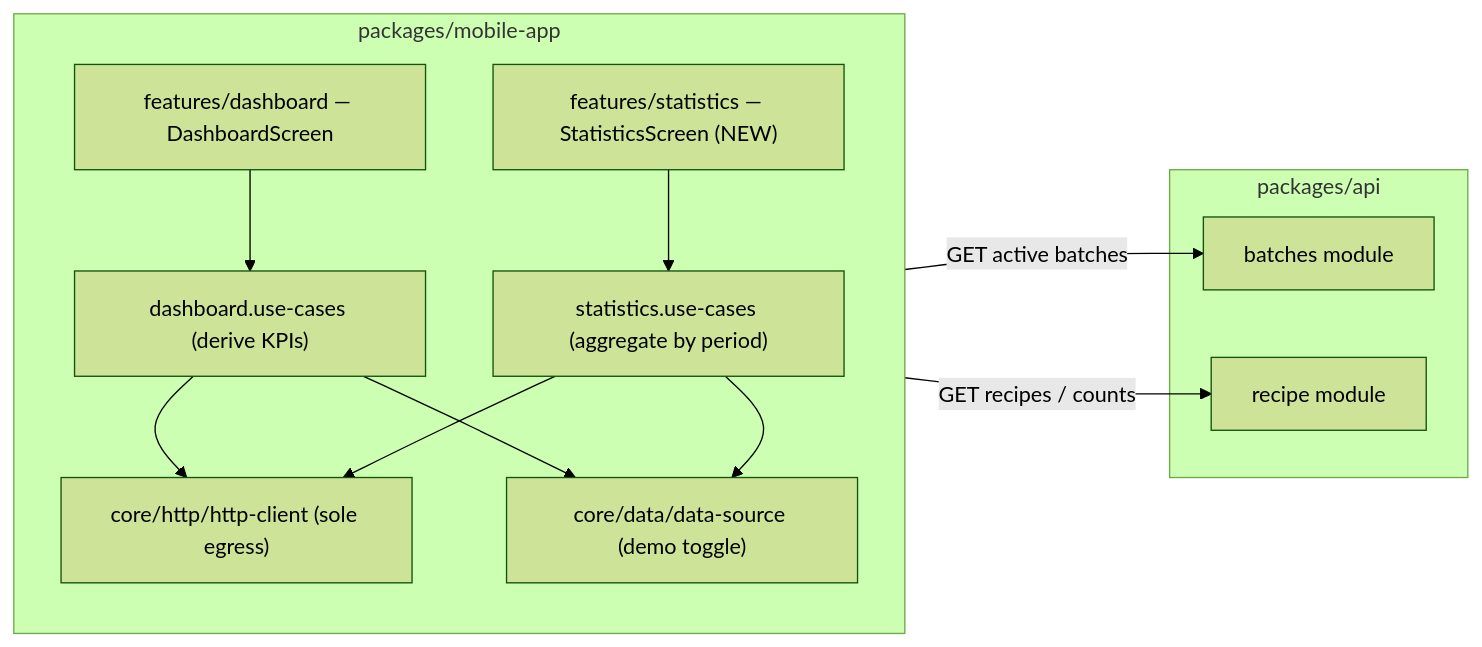
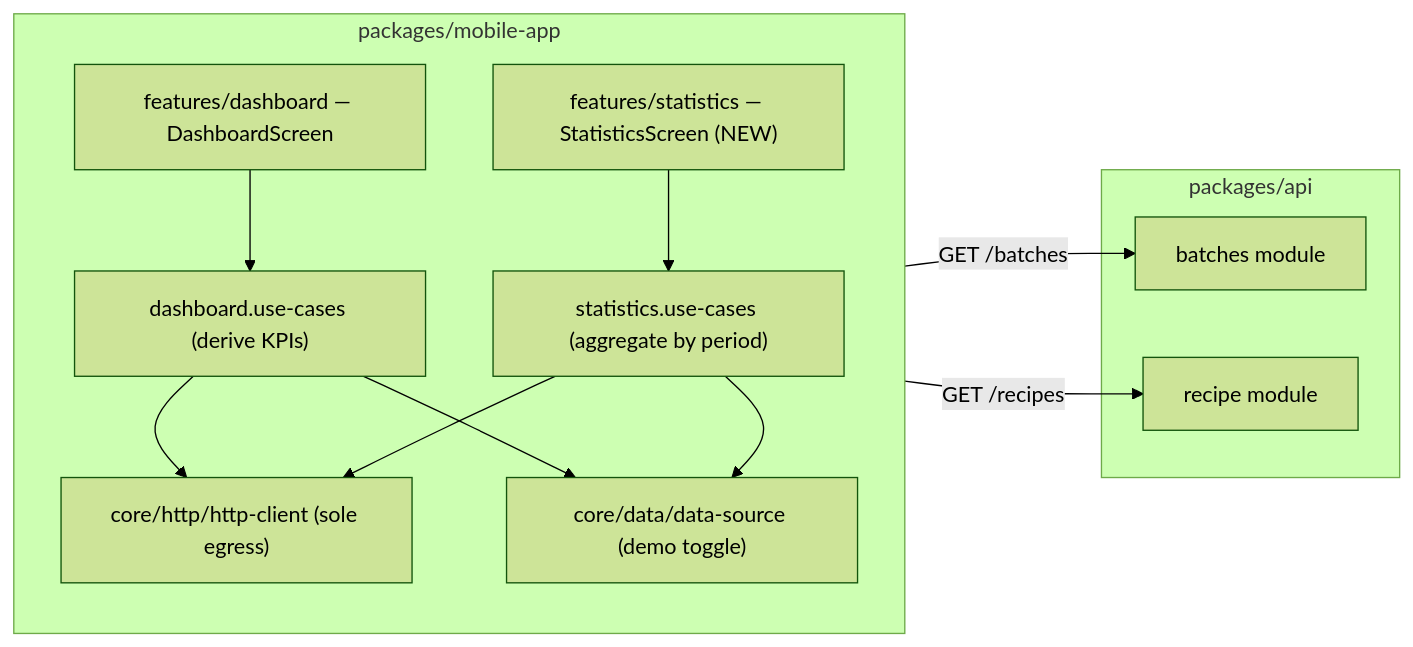
The diagram in docs/architecture/diagrams/dashboard/03-component.md (benoit-bremaud/brasse-bouillon), drawn with Mermaid (forest theme) before and after one commit. The commit also changed other lines of this file and 3 other files, not shown here.

````diff
--- a/docs/architecture/diagrams/dashboard/03-component.md
+++ b/docs/architecture/diagrams/dashboard/03-component.md
@@ -14,26 +16,26 @@
 ```mermaid
 flowchart LR
   subgraph Mobile ["packages/mobile-app"]
     direction TB
     Dash["features/dashboard — DashboardScreen"]
     Stats["features/statistics — StatisticsScreen (NEW)"]
     DUC["dashboard.use-cases (derive KPIs)"]
     SUC["statistics.use-cases (aggregate by period)"]
     HTTP["core/http/http-client (sole egress)"]
     DataSrc["core/data/data-source (demo toggle)"]
     Dash --> DUC
     Stats --> SUC
     DUC --> HTTP
     SUC --> HTTP
     DUC --> DataSrc
     SUC --> DataSrc
   end
 
   subgraph API ["packages/api"]
     Batches["batches module"]
     Recipes["recipe module"]
   end
 
-  HTTP -->|"GET active batches"| Batches
-  HTTP -->|"GET recipes / counts"| Recipes
+  HTTP -->|"GET /batches"| Batches
+  HTTP -->|"GET /recipes"| Recipes
 ```
````
